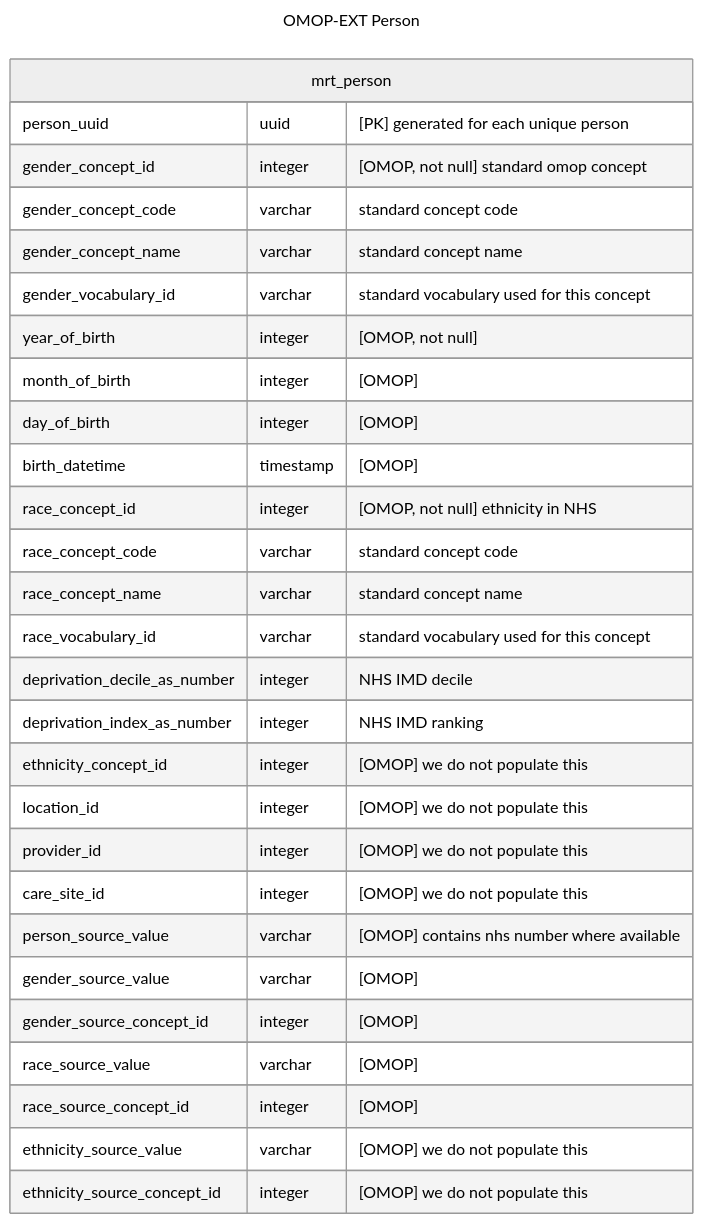
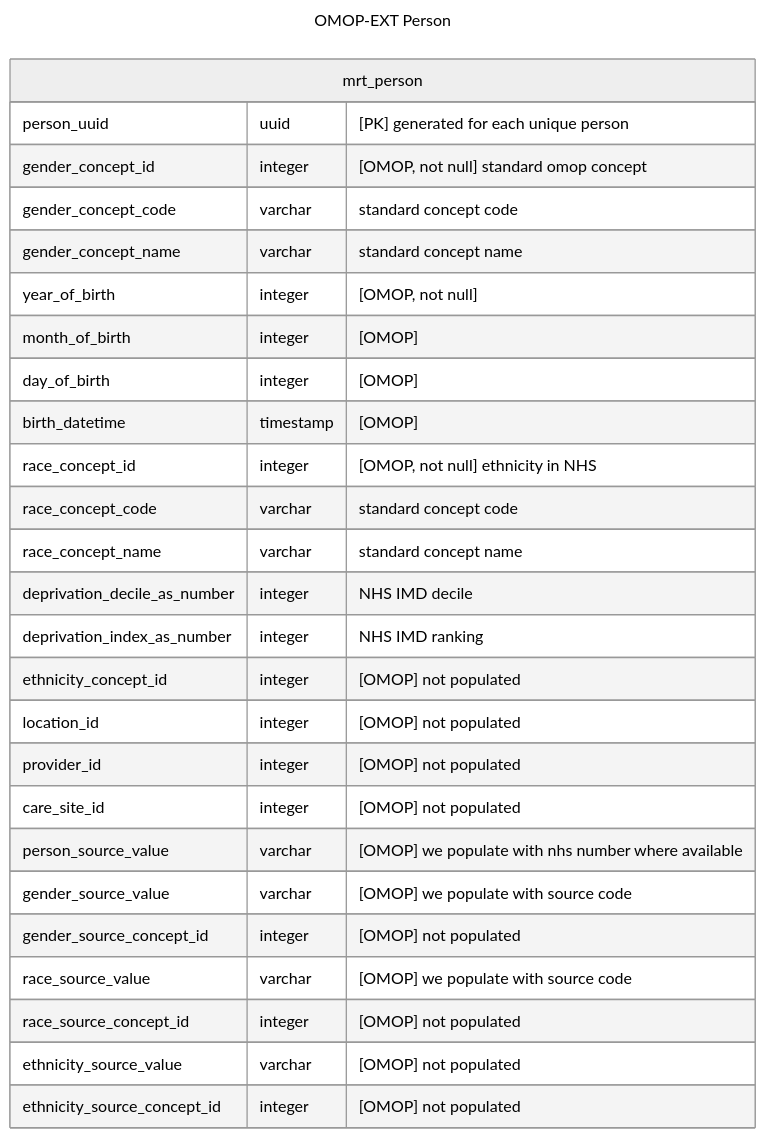
The fourth of 5 diagrams in src/pages/data_model/cdm_person.qmd (d3london/sde_aic_external_docs), drawn with Mermaid (neutral theme) before and after one commit. The commit also changed other lines of this file and 1 other file, not shown here.

Commit message:
updating tables

````diff
--- a/src/pages/data_model/cdm_person.qmd
+++ b/src/pages/data_model/cdm_person.qmd
@@ -128,34 +126,32 @@
 ```{mermaid}
 ---
 title: OMOP-EXT Person
 ---
 erDiagram
     mrt_person {
         person_uuid uuid "[PK] generated for each unique person"
         gender_concept_id integer "[OMOP, not null] standard omop concept"
         gender_concept_code varchar "standard concept code"
         gender_concept_name varchar "standard concept name"
-        gender_vocabulary_id varchar "standard vocabulary used for this concept"
         year_of_birth integer "[OMOP, not null]"
         month_of_birth integer "[OMOP]"
         day_of_birth integer "[OMOP]"
         birth_datetime timestamp "[OMOP]"
         race_concept_id integer "[OMOP, not null] ethnicity in NHS"
         race_concept_code varchar "standard concept code"
-        race_concept_name varchar "standard concept name"
-        race_vocabulary_id varchar "standard vocabulary used for this concept"        
+        race_concept_name varchar "standard concept name"      
         deprivation_decile_as_number integer "NHS IMD decile"       
         deprivation_index_as_number integer "NHS IMD ranking"
-        ethnicity_concept_id integer "[OMOP] we do not populate this"
-        location_id integer "[OMOP] we do not populate this"
-        provider_id integer "[OMOP] we do not populate this"
-        care_site_id integer "[OMOP] we do not populate this"
-        person_source_value varchar "[OMOP] contains nhs number where available"
-        gender_source_value varchar "[OMOP]"
-        gender_source_concept_id integer "[OMOP]"
-        race_source_value varchar "[OMOP]"
-        race_source_concept_id integer "[OMOP]"
-        ethnicity_source_value varchar "[OMOP] we do not populate this"
-        ethnicity_source_concept_id integer "[OMOP] we do not populate this"   
+        ethnicity_concept_id integer "[OMOP] not populated"
+        location_id integer "[OMOP] not populated"
+        provider_id integer "[OMOP] not populated"
+        care_site_id integer "[OMOP] not populated"
+        person_source_value varchar "[OMOP] we populate with nhs number where available"
+        gender_source_value varchar "[OMOP] we populate with source code"
+        gender_source_concept_id integer "[OMOP] not populated"
+        race_source_value varchar "[OMOP] we populate with source code"
+        race_source_concept_id integer "[OMOP] not populated"
+        ethnicity_source_value varchar "[OMOP] not populated"
+        ethnicity_source_concept_id integer "[OMOP] not populated"   
     }
 ```
````
